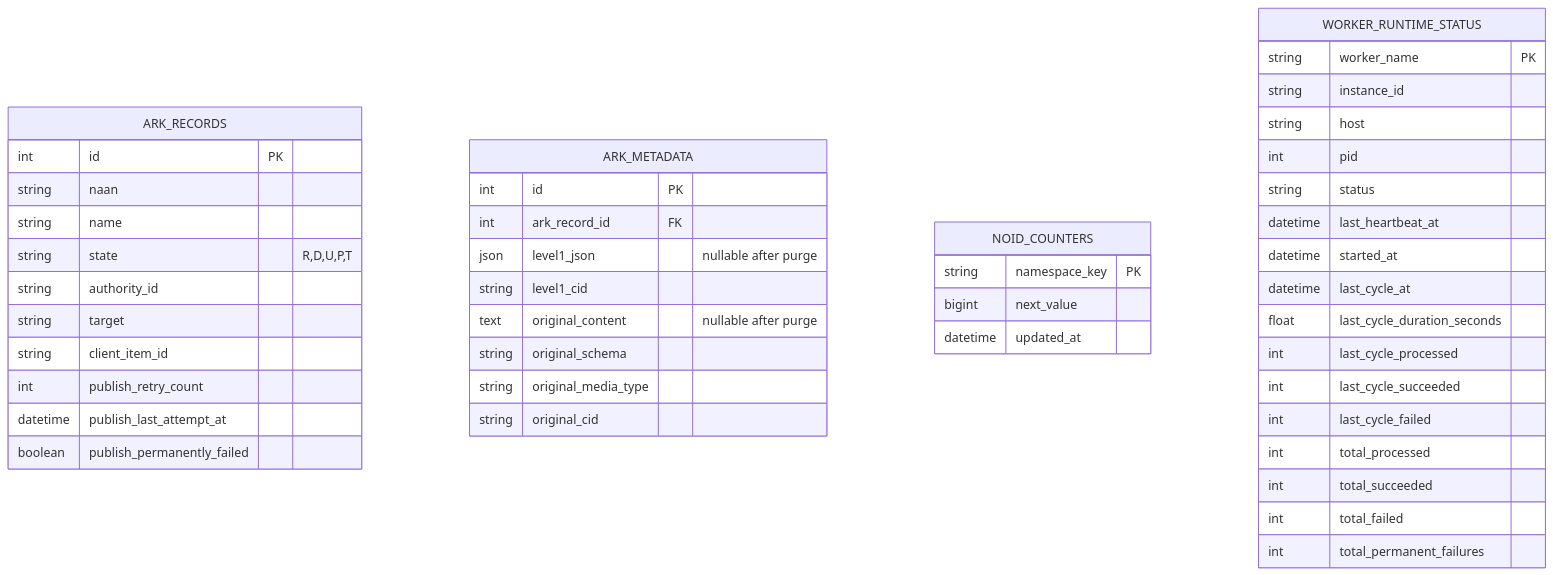
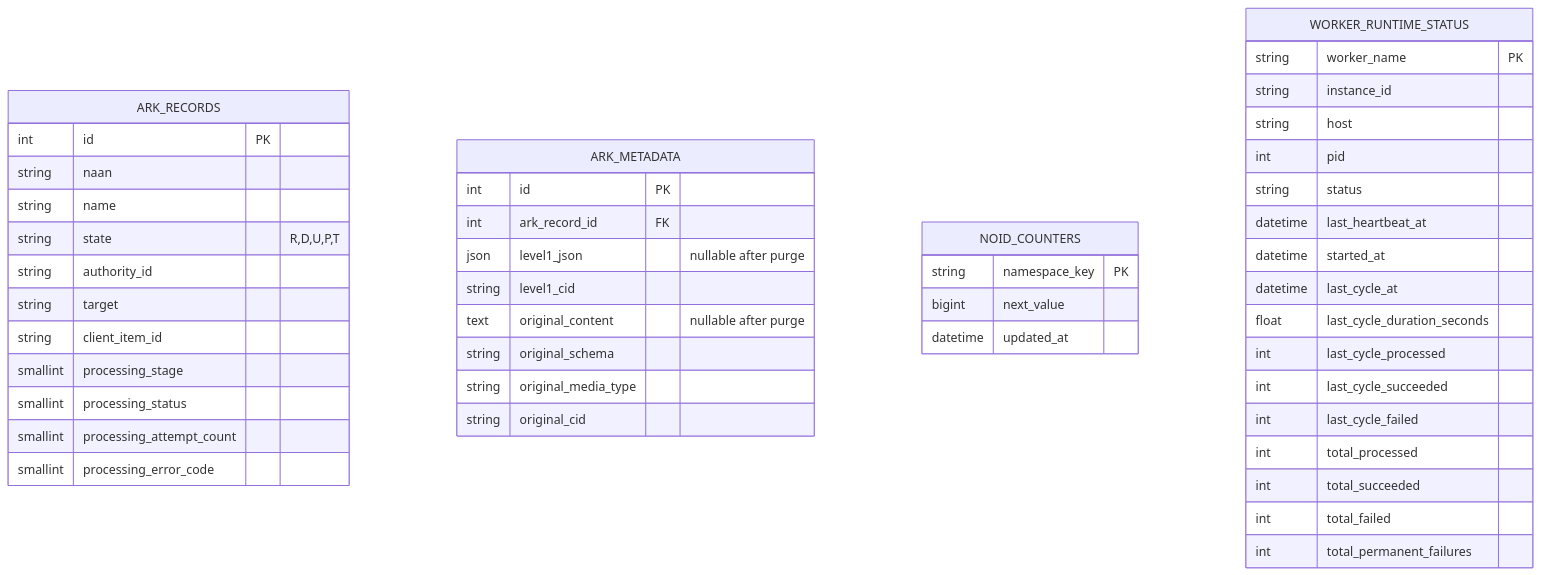
Diagram 12 of 13 in minter-architecture.md (LA-Referencia-IOI/dark-core-minter-api), drawn with Mermaid before and after one commit. The commit also changed other lines of this file and 25 other files, not shown here.

````diff
--- a/minter-architecture.md
+++ b/minter-architecture.md
@@ -532,51 +531,52 @@
 ```mermaid
 erDiagram
     ARK_RECORDS {
         int id PK
         string naan
         string name
         string state "R,D,U,P,T"
         string authority_id
         string target
         string client_item_id
-        int publish_retry_count
-        datetime publish_last_attempt_at
-        boolean publish_permanently_failed
+        smallint processing_stage
+        smallint processing_status
+        smallint processing_attempt_count
+        smallint processing_error_code
     }
 
     ARK_METADATA {
         int id PK
         int ark_record_id FK
         json level1_json "nullable after purge"
         string level1_cid
         text original_content "nullable after purge"
         string original_schema
         string original_media_type
         string original_cid
     }
 
     NOID_COUNTERS {
         string namespace_key PK
         bigint next_value
         datetime updated_at
     }
 
     WORKER_RUNTIME_STATUS {
         string worker_name PK
         string instance_id
         string host
         int pid
         string status
         datetime last_heartbeat_at
         datetime started_at
         datetime last_cycle_at
         float last_cycle_duration_seconds
         int last_cycle_processed
         int last_cycle_succeeded
         int last_cycle_failed
         int total_processed
         int total_succeeded
         int total_failed
         int total_permanent_failures
     }
 ```
````
